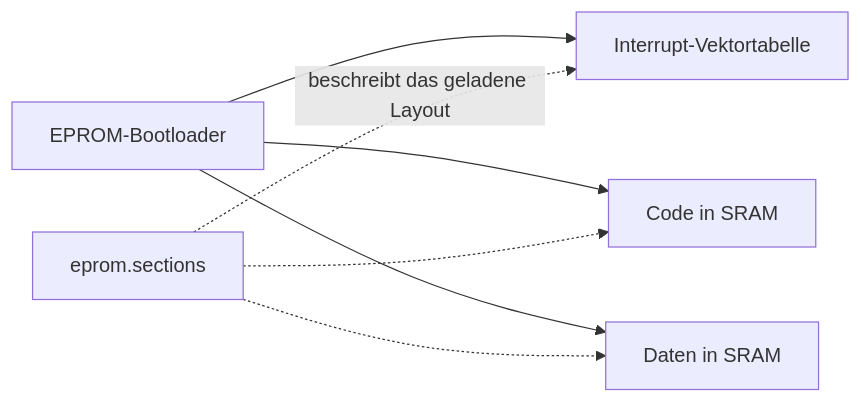
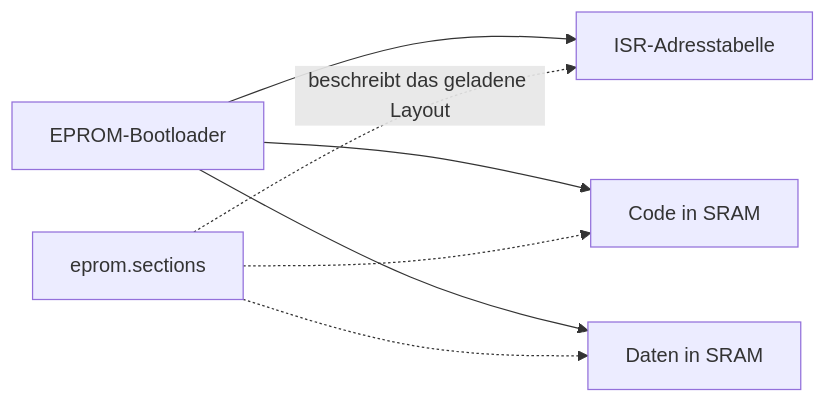
One commit to matthejue/RETI-Emulator changed the third of 9 diagrams in README.md. Above: the diagram before and after it, drawn with Mermaid. The commit also changed other lines of this file, not shown here.

````diff
--- a/README.md
+++ b/README.md
@@ -254,9 +314,9 @@
 ```mermaid
 flowchart LR
-    eprom[EPROM-Bootloader] --> vectors[Interrupt-Vektortabelle]
+    eprom[EPROM-Bootloader] --> vectors[ISR-Adresstabelle]
     eprom --> code[Code in SRAM]
     eprom --> data[Daten in SRAM]
     sections[eprom.sections] -. beschreibt das geladene Layout .-> vectors
     sections -.-> code
     sections -.-> data
 ```
````
